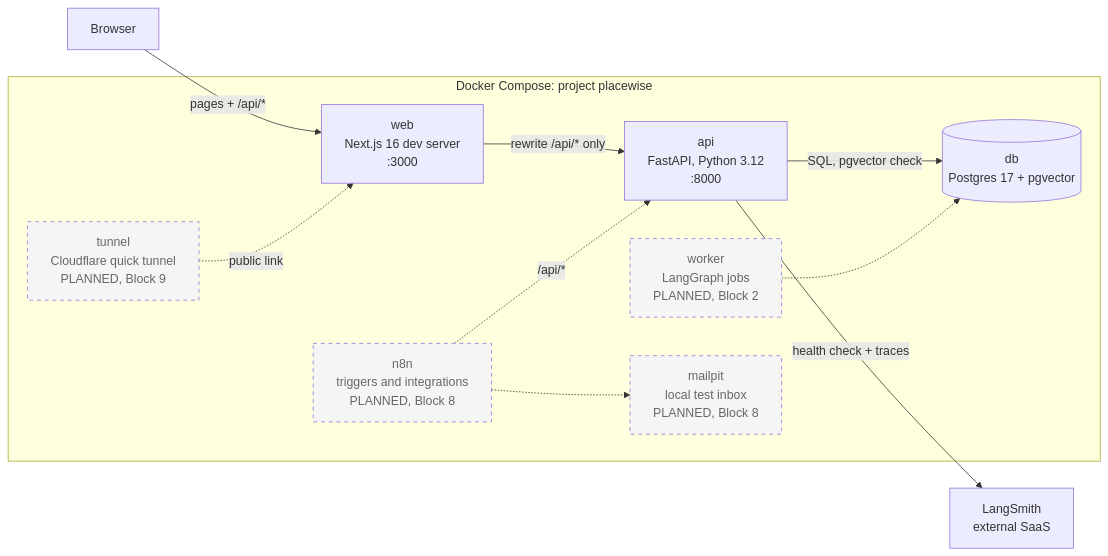
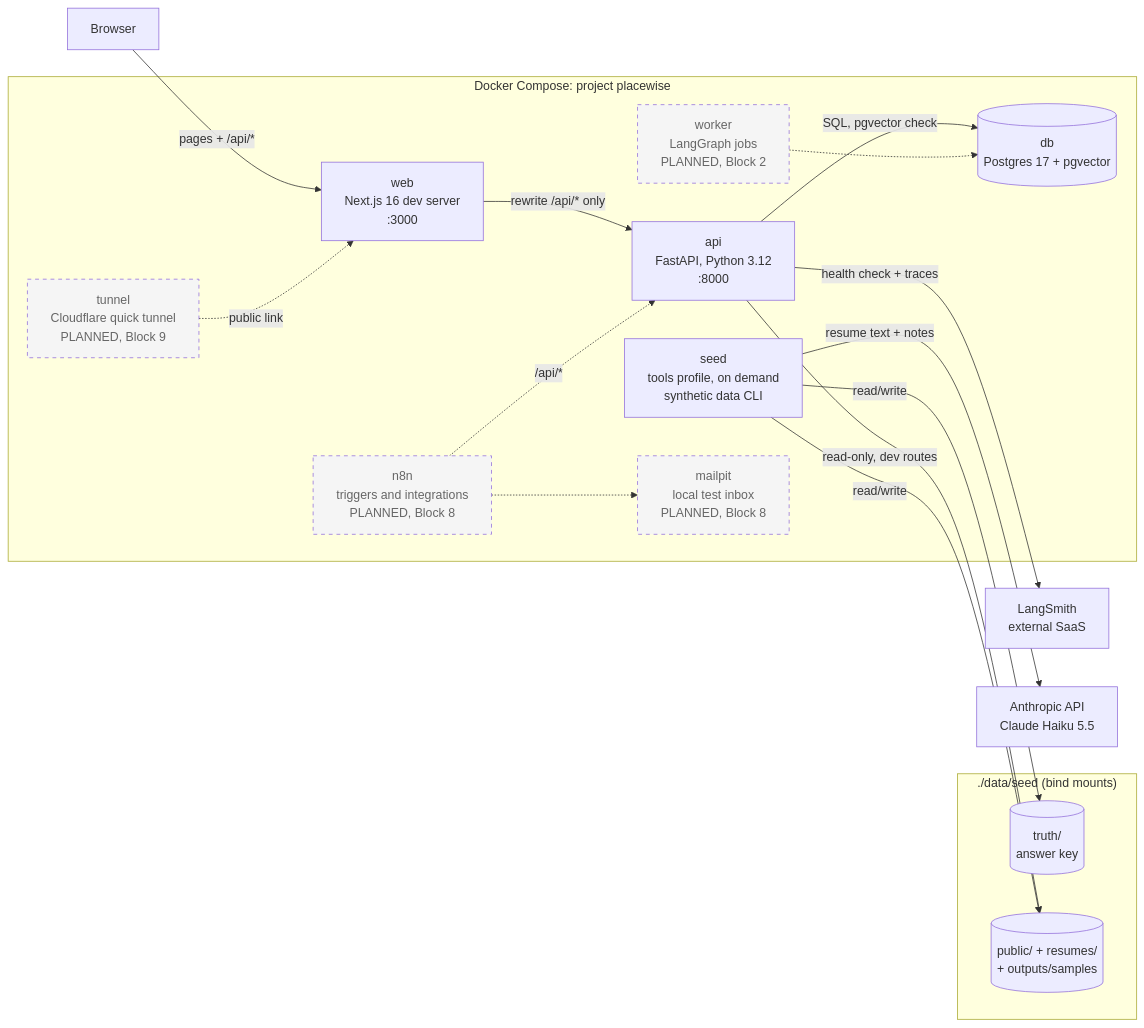
Before and after one commit to bprakashputta/placewise: the diagram in docs/diagrams/architecture.md, drawn with Mermaid. The commit also changed other lines of this file and 15 other files, not shown here.

Commit message:
Block 1: docs (module doc, seed pipeline diagram, ADRs 006-009, README), bullet-check message matches code

````diff
--- a/docs/diagrams/architecture.md
+++ b/docs/diagrams/architecture.md
@@ -5,29 +5,40 @@
 ```mermaid
 flowchart LR
     browser["Browser"]
 
     subgraph compose["Docker Compose: project placewise"]
         web["web<br/>Next.js 16 dev server<br/>:3000"]
         api["api<br/>FastAPI, Python 3.12<br/>:8000"]
         db[("db<br/>Postgres 17 + pgvector")]
+        seed["seed<br/>tools profile, on demand<br/>synthetic data CLI"]
         worker["worker<br/>LangGraph jobs<br/>PLANNED, Block 2"]
         n8n["n8n<br/>triggers and integrations<br/>PLANNED, Block 8"]
         mailpit["mailpit<br/>local test inbox<br/>PLANNED, Block 8"]
         tunnel["tunnel<br/>Cloudflare quick tunnel<br/>PLANNED, Block 9"]
     end
 
+    subgraph data["./data/seed (bind mounts)"]
+        truth[("truth/<br/>answer key")]
+        files[("public/ + resumes/<br/>+ outputs/samples")]
+    end
+
     langsmith["LangSmith<br/>external SaaS"]
+    anthropic["Anthropic API<br/>Claude Haiku 5.5"]
 
     browser -->|"pages + /api/*"| web
     web -->|"rewrite /api/* only"| api
     api -->|"SQL, pgvector check"| db
     api -->|"health check + traces"| langsmith
+    api -->|"read-only, dev routes"| files
+    seed -->|"read/write"| truth
+    seed -->|"read/write"| files
+    seed -->|"resume text + notes"| anthropic
 
     tunnel -.->|"public link"| web
     worker -.-> db
     n8n -.->|"/api/*"| api
     n8n -.-> mailpit
 
     classDef planned stroke-dasharray: 5 5,fill:#f5f5f5,color:#666
     class worker,n8n,mailpit,tunnel planned
 ```
````
